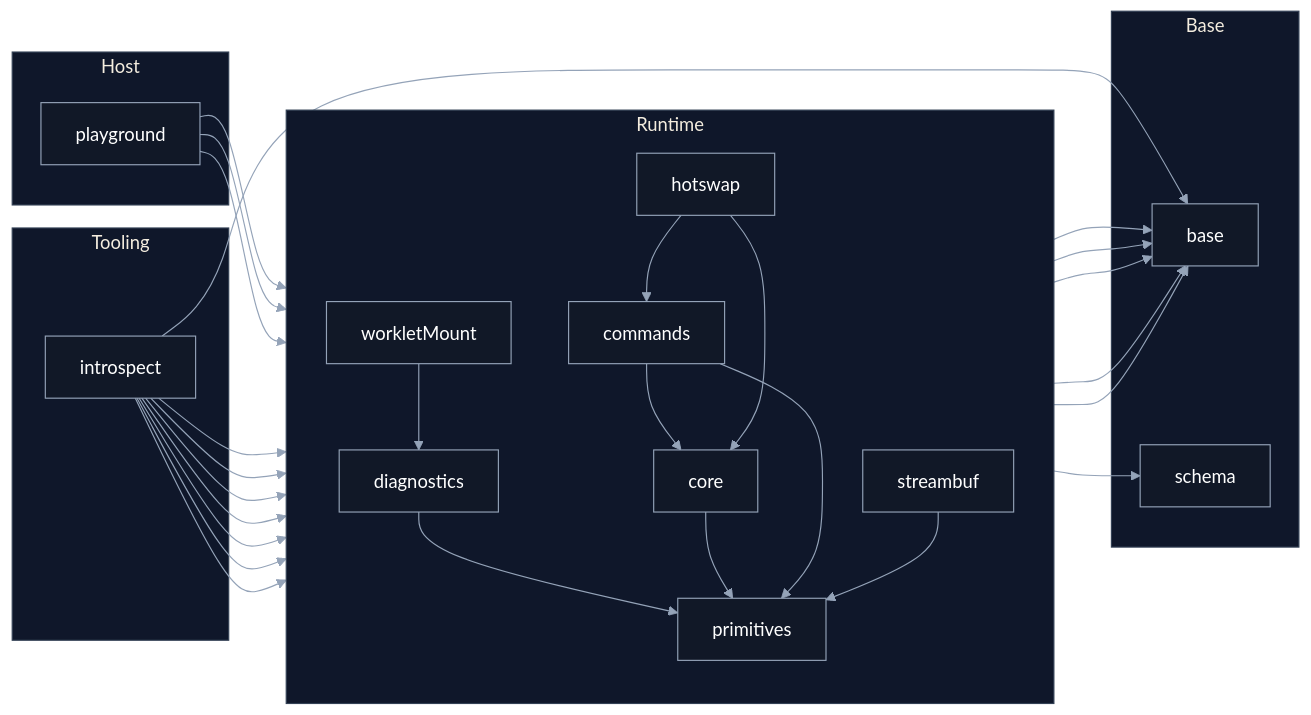
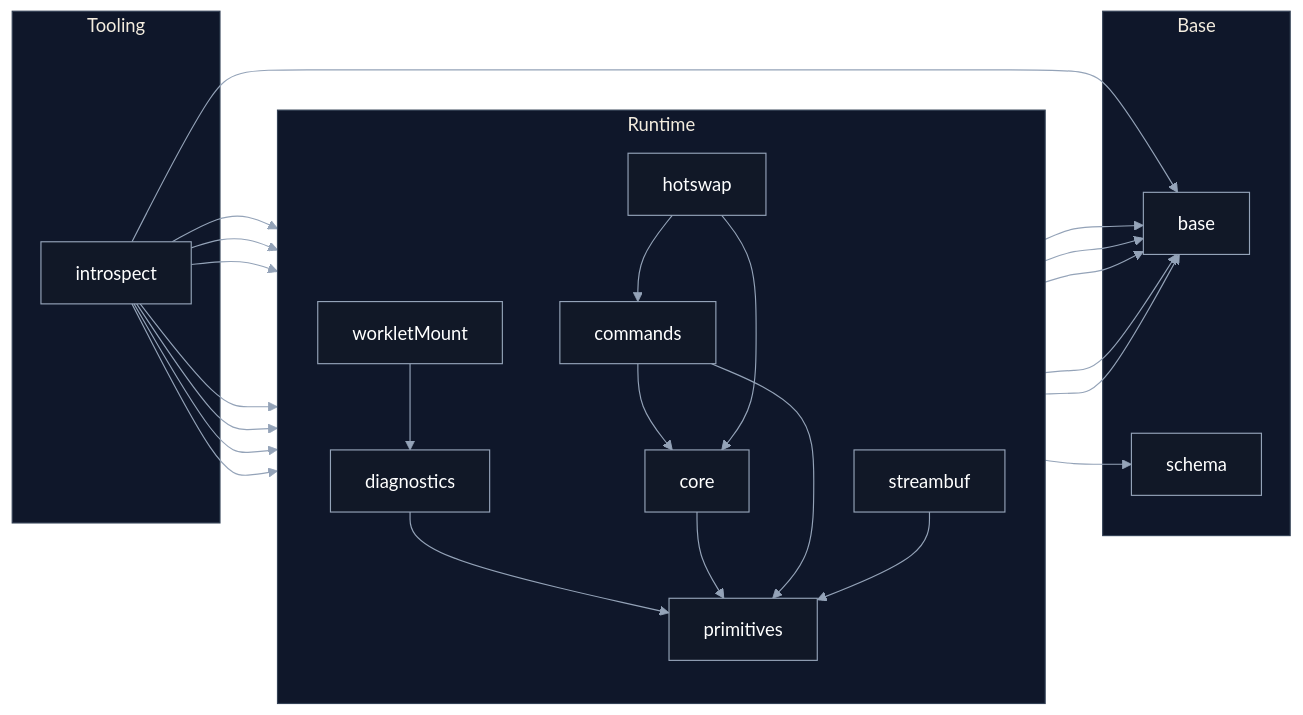
Before and after one commit to maikeleckelboom/exclave-boundary: the diagram in packages/README.md, drawn with Mermaid. The commit also changed other lines of this file and 69 other files, not shown here.

````diff
--- a/packages/README.md
+++ b/packages/README.md
@@ -74,59 +68,50 @@
 ```mermaid
 %%{init: {"theme":"base","themeVariables":{"textColor":"#ffffff","primaryTextColor":"#ffffff","lineColor":"#94a3b8","primaryColor":"#111827","secondaryColor":"#0f172a","tertiaryColor":"#0b1220","clusterBkg":"#0f172a","clusterBorder":"#334155","primaryBorderColor":"#94a3b8"}} }%%
 flowchart LR
-%% Layering left → right: Base → Runtime → Tooling → Host
+%% Layering left → right: Base → Runtime → Tooling
   subgraph Base
     base
     schema
   end
 
   subgraph Runtime
     direction TB
     primitives
     diagnostics
     core
     commands
     streambuf
     hotswap
     workletMount
   end
 
   subgraph Tooling
     introspect
   end
 
-  subgraph Host
-    playground
-  end
-
 %% Runtime
   primitives --> base
   diagnostics --> primitives
   diagnostics --> base
   core --> primitives
   core --> base
   core --> schema
   commands --> core
   commands --> primitives
   streambuf --> primitives
   streambuf --> base
   hotswap --> commands
   hotswap --> core
   workletMount --> base
   workletMount --> diagnostics
 
-%% Host
-  playground --> primitives
-  playground --> commands
-  playground --> hotswap
-
 %% Tooling (observatory above Runtime)
   introspect --> base
   introspect --> primitives
   introspect --> diagnostics
   introspect --> core
   introspect --> commands
   introspect --> streambuf
   introspect --> hotswap
   introspect --> workletMount
 ```
````
